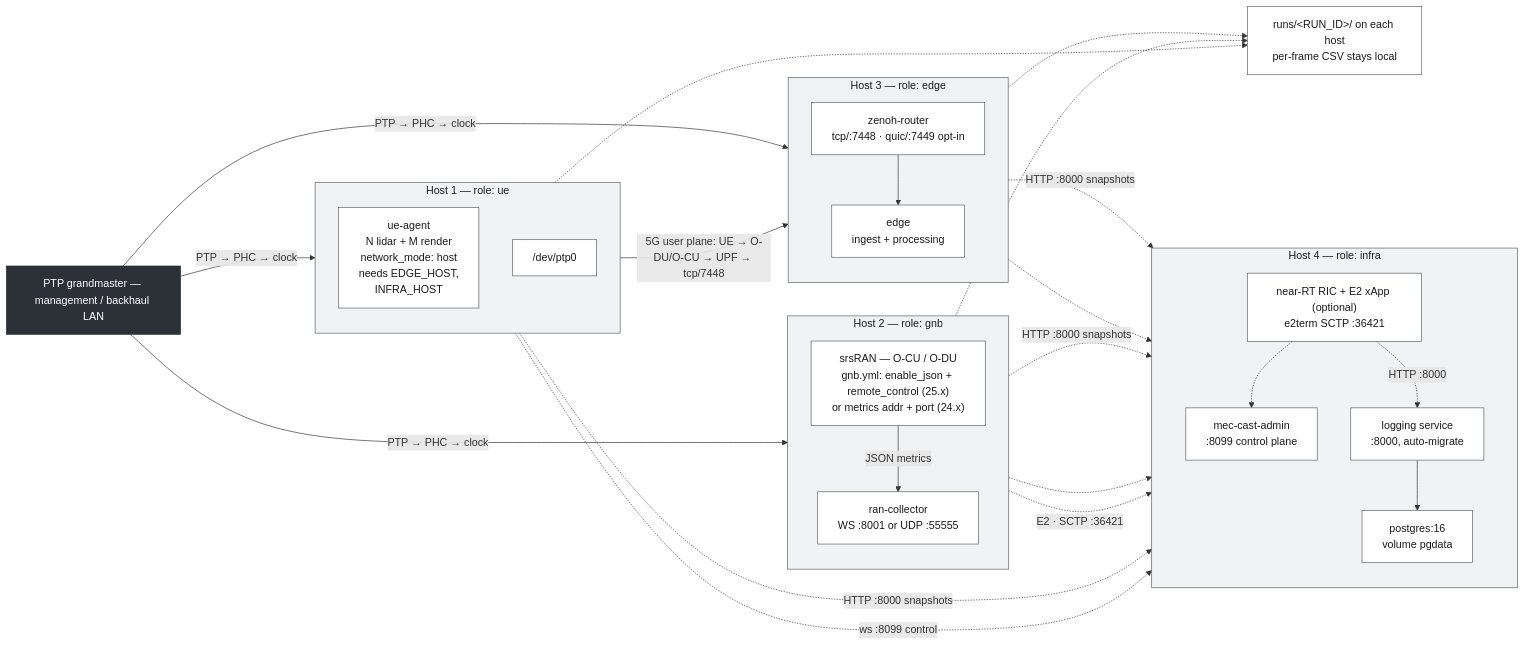
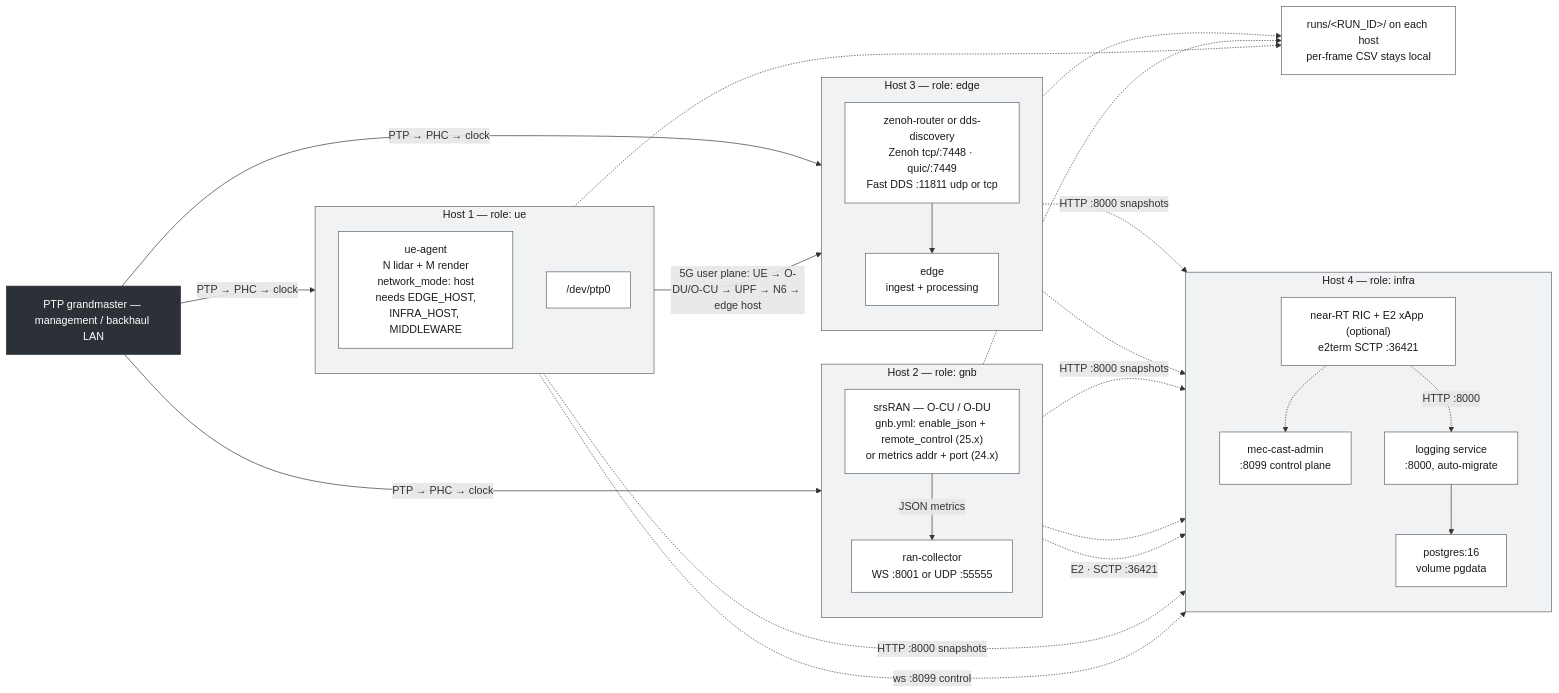
The second of 3 diagrams in docs/diagrams/README.md (morosev/mec-cast), drawn with Mermaid before and after one commit. The commit also changed other lines of this file and 12 other files, not shown here.

First line of the commit message:
The diagrams, deck and hero image still drew Zenoh as the only middleware

````diff
--- a/docs/diagrams/README.md
+++ b/docs/diagrams/README.md
@@ -149,61 +149,61 @@
 ```mermaid
 flowchart LR
   classDef host fill:#F1F2F3,stroke:#5A6167,stroke-width:1px,color:#1A1A1A
   classDef svc fill:#FFFFFF,stroke:#5A6167,stroke-width:1px,color:#1A1A1A
   classDef sync fill:#2B3136,stroke:#2B3136,color:#FFFFFF
 
   subgraph UEH["Host 1 — role: ue"]
     direction TB
-    LC["ue-agent<br/>N lidar + M render<br/>network_mode: host<br/>needs EDGE_HOST,<br/>INFRA_HOST"]
+    LC["ue-agent<br/>N lidar + M render<br/>network_mode: host<br/>needs EDGE_HOST,<br/>INFRA_HOST, MIDDLEWARE"]
     PTPU["/dev/ptp0"]
   end
 
   subgraph GNBH["Host 2 — role: gnb"]
     direction TB
     SRS["srsRAN — O-CU / O-DU<br/>gnb.yml: enable_json + remote_control (25.x)<br/>or metrics addr + port (24.x)"]
     RC["ran-collector<br/>WS :8001 or UDP :55555"]
     SRS -->|"JSON metrics"| RC
   end
 
   subgraph EDGEH["Host 3 — role: edge"]
     direction TB
-    ZR["zenoh-router<br/>tcp/:7448 · quic/:7449 opt-in"]
+    ZR["zenoh-router or dds-discovery<br/>Zenoh tcp/:7448 · quic/:7449<br/>Fast DDS :11811 udp or tcp"]
     ED["edge<br/>ingest + processing"]
     ZR --> ED
   end
 
   subgraph INFRAH["Host 4 — role: infra"]
     direction TB
     ADM["mec-cast-admin<br/>:8099 control plane"]
     LOGS["logging service<br/>:8000, auto-migrate"]
     PG["postgres:16<br/>volume pgdata"]
     RIC["near-RT RIC + E2 xApp (optional)<br/>e2term SCTP :36421"]
     LOGS --> PG
   end
 
-  LC -->|"5G user plane: UE → O-DU/O-CU → UPF → tcp/7448"| ZR
+  LC -->|"5G user plane: UE → O-DU/O-CU → UPF → N6 → edge host"| ZR
   LC -.->|"HTTP :8000 snapshots"| LOGS
   ED -.->|"HTTP :8000 snapshots"| LOGS
   RC -.->|"HTTP :8000 snapshots"| LOGS
 
   LC -.->|"ws :8099 control"| ADM
   ED -.-> ADM
   RC -.-> ADM
   RIC -.-> ADM
   SRS -.->|"E2 · SCTP :36421"| RIC
   RIC -.->|"HTTP :8000"| LOGS
 
   GM["PTP grandmaster — management / backhaul LAN"]
   GM -->|"PTP → PHC → clock"| UEH
   GM -->|"PTP → PHC → clock"| GNBH
   GM -->|"PTP → PHC → clock"| EDGEH
 
   RUNS["runs/&lt;RUN_ID&gt;/ on each host<br/>per-frame CSV stays local"]
   LC -.-> RUNS
   ED -.-> RUNS
   RC -.-> RUNS
 
   class UEH,GNBH,EDGEH,INFRAH host
   class LC,SRS,RC,ZR,ED,ADM,LOGS,PG,RIC,PTPU,RUNS svc
   class GM sync
 ```
````
